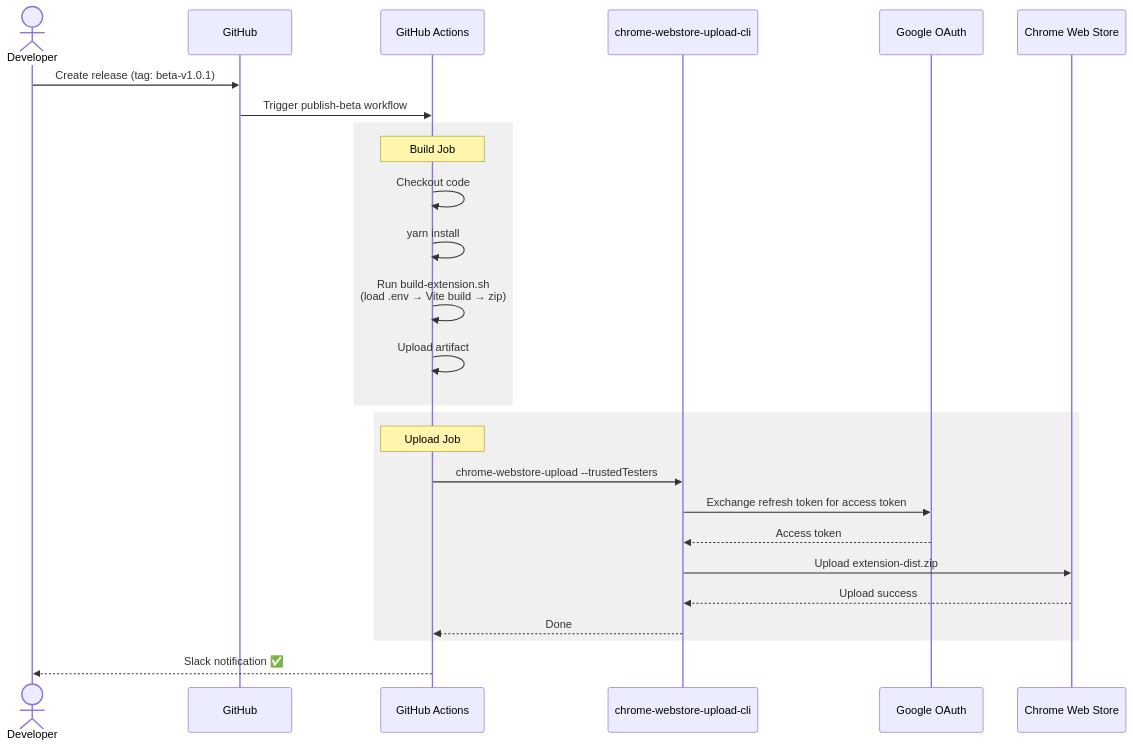
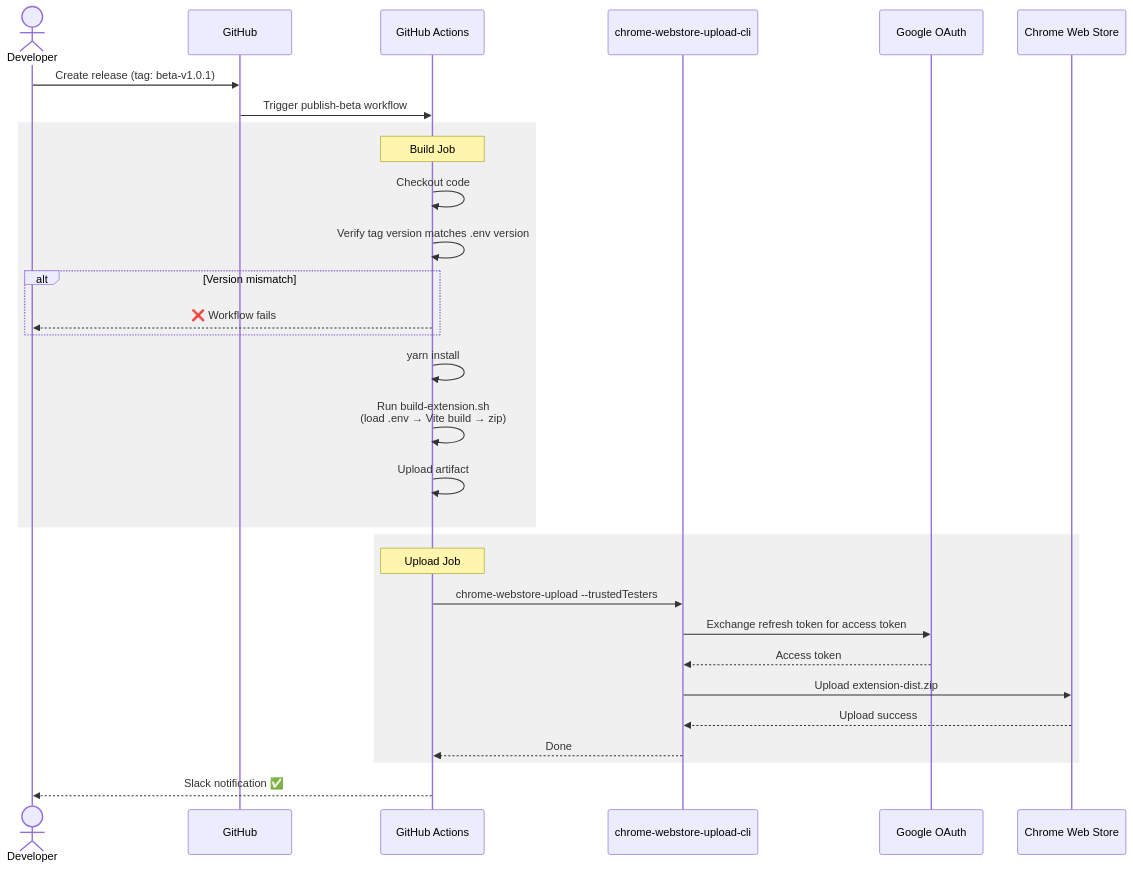
Before and after one commit to cg-ysun/chrome-extension-test: the diagram in docs/beta-workflow.mmd, drawn with Mermaid. The commit also changed 3 other files, not shown here.

```diff
--- a/docs/beta-workflow.mmd
+++ b/docs/beta-workflow.mmd
@@ -1,30 +1,34 @@
 sequenceDiagram
     actor Dev as Developer
     participant GH as GitHub
     participant GHA as GitHub Actions
     participant CLI as chrome-webstore-upload-cli
     participant OAuth as Google OAuth
     participant CWS as Chrome Web Store
 
     Dev->>GH: Create release (tag: beta-v1.0.1)
     GH->>GHA: Trigger publish-beta workflow
 
     rect rgb(240, 240, 240)
         Note over GHA: Build Job
         GHA->>GHA: Checkout code
+        GHA->>GHA: Verify tag version matches .env version
+        alt Version mismatch
+            GHA-->>Dev: ❌ Workflow fails
+        end
         GHA->>GHA: yarn install
         GHA->>GHA: Run build-extension.sh<br/>(load .env → Vite build → zip)
         GHA->>GHA: Upload artifact
     end
 
     rect rgb(240, 240, 240)
         Note over GHA: Upload Job
         GHA->>CLI: chrome-webstore-upload --trustedTesters
         CLI->>OAuth: Exchange refresh token for access token
         OAuth-->>CLI: Access token
         CLI->>CWS: Upload extension-dist.zip
         CWS-->>CLI: Upload success
         CLI-->>GHA: Done
     end
 
     GHA-->>Dev: Slack notification ✅
```
